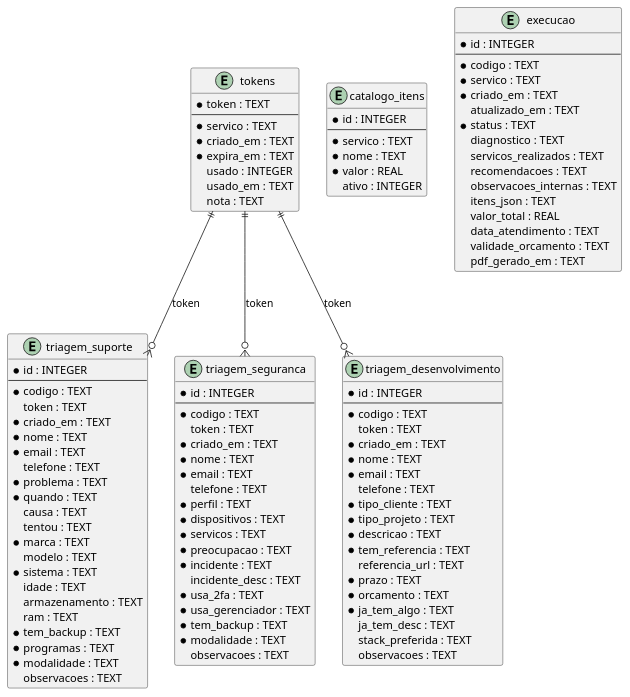
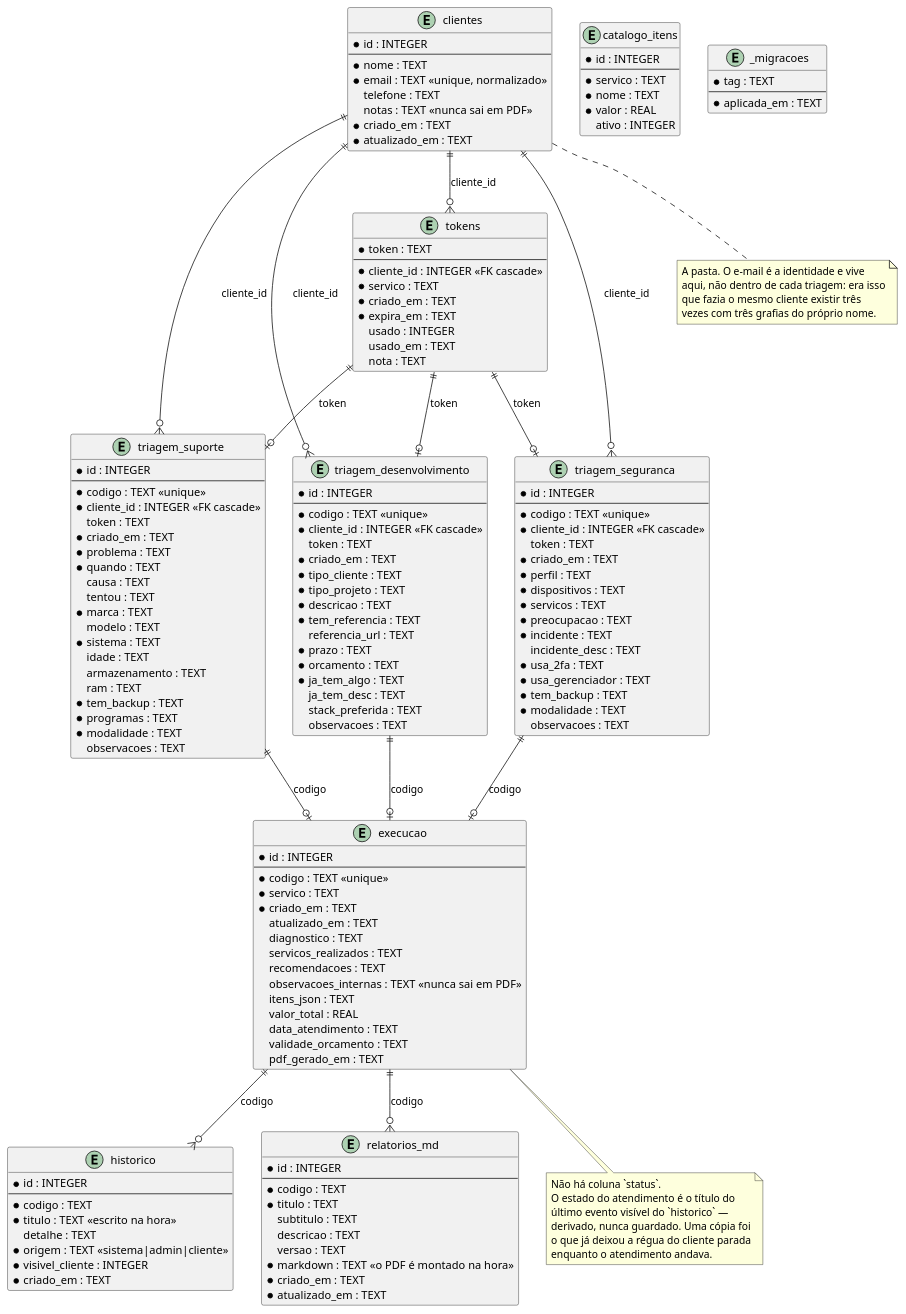
One commit to nextlevelcode014/nlc-forms changed the diagram in docs/db.puml. Above: the diagram before and after it, drawn with PlantUML. The commit also changed 6 other files, not shown here.

```diff
--- a/docs/db.puml
+++ b/docs/db.puml
@@ -1,115 +1,181 @@
 @startuml
+
+' Fonte da verdade: backend/drizzle/schema.ts
+' Este diagrama é desenho; o schema é o que roda. Ao mexer num, confira o outro.
+
+entity clientes {
+  *id : INTEGER
+  --
+  *nome : TEXT
+  *email : TEXT <<unique, normalizado>>
+  telefone : TEXT
+  notas : TEXT <<nunca sai em PDF>>
+  *criado_em : TEXT
+  *atualizado_em : TEXT
+}
 
 entity tokens {
   *token : TEXT
   --
+  *cliente_id : INTEGER <<FK cascade>>
   *servico : TEXT
   *criado_em : TEXT
   *expira_em : TEXT
   usado : INTEGER
   usado_em : TEXT
   nota : TEXT
 }
 
 entity triagem_suporte {
   *id : INTEGER
   --
-  *codigo : TEXT
+  *codigo : TEXT <<unique>>
+  *cliente_id : INTEGER <<FK cascade>>
   token : TEXT
   *criado_em : TEXT
-  *nome : TEXT
-  *email : TEXT
-  telefone : TEXT
   *problema : TEXT
   *quando : TEXT
   causa : TEXT
   tentou : TEXT
   *marca : TEXT
   modelo : TEXT
   *sistema : TEXT
   idade : TEXT
   armazenamento : TEXT
   ram : TEXT
   *tem_backup : TEXT
   *programas : TEXT
   *modalidade : TEXT
   observacoes : TEXT
 }
 
 entity triagem_seguranca {
   *id : INTEGER
   --
-  *codigo : TEXT
+  *codigo : TEXT <<unique>>
+  *cliente_id : INTEGER <<FK cascade>>
   token : TEXT
   *criado_em : TEXT
-  *nome : TEXT
-  *email : TEXT
-  telefone : TEXT
   *perfil : TEXT
   *dispositivos : TEXT
   *servicos : TEXT
   *preocupacao : TEXT
   *incidente : TEXT
   incidente_desc : TEXT
   *usa_2fa : TEXT
   *usa_gerenciador : TEXT
   *tem_backup : TEXT
   *modalidade : TEXT
   observacoes : TEXT
 }
 
 entity triagem_desenvolvimento {
   *id : INTEGER
   --
-  *codigo : TEXT
+  *codigo : TEXT <<unique>>
+  *cliente_id : INTEGER <<FK cascade>>
   token : TEXT
   *criado_em : TEXT
-  *nome : TEXT
-  *email : TEXT
-  telefone : TEXT
   *tipo_cliente : TEXT
   *tipo_projeto : TEXT
   *descricao : TEXT
   *tem_referencia : TEXT
   referencia_url : TEXT
   *prazo : TEXT
   *orcamento : TEXT
   *ja_tem_algo : TEXT
   ja_tem_desc : TEXT
   stack_preferida : TEXT
   observacoes : TEXT
 }
 
 entity catalogo_itens {
   *id : INTEGER
   --
   *servico : TEXT
   *nome : TEXT
   *valor : REAL
   ativo : INTEGER
 }
 
 entity execucao {
   *id : INTEGER
   --
-  *codigo : TEXT
+  *codigo : TEXT <<unique>>
   *servico : TEXT
   *criado_em : TEXT
   atualizado_em : TEXT
-  *status : TEXT
   diagnostico : TEXT
   servicos_realizados : TEXT
   recomendacoes : TEXT
-  observacoes_internas : TEXT
+  observacoes_internas : TEXT <<nunca sai em PDF>>
   itens_json : TEXT
   valor_total : REAL
   data_atendimento : TEXT
   validade_orcamento : TEXT
   pdf_gerado_em : TEXT
 }
 
-tokens ||--o{ triagem_suporte : token
-tokens ||--o{ triagem_seguranca : token
-tokens ||--o{ triagem_desenvolvimento : token
+entity historico {
+  *id : INTEGER
+  --
+  *codigo : TEXT
+  *titulo : TEXT <<escrito na hora>>
+  detalhe : TEXT
+  *origem : TEXT <<sistema|admin|cliente>>
+  *visivel_cliente : INTEGER
+  *criado_em : TEXT
+}
+
+entity relatorios_md {
+  *id : INTEGER
+  --
+  *codigo : TEXT
+  *titulo : TEXT
+  subtitulo : TEXT
+  descricao : TEXT
+  versao : TEXT
+  *markdown : TEXT <<o PDF é montado na hora>>
+  *criado_em : TEXT
+  *atualizado_em : TEXT
+}
+
+entity _migracoes {
+  *tag : TEXT
+  --
+  *aplicada_em : TEXT
+}
+
+clientes ||--o{ tokens : cliente_id
+clientes ||--o{ triagem_suporte : cliente_id
+clientes ||--o{ triagem_seguranca : cliente_id
+clientes ||--o{ triagem_desenvolvimento : cliente_id
+
+tokens ||--o| triagem_suporte : token
+tokens ||--o| triagem_seguranca : token
+tokens ||--o| triagem_desenvolvimento : token
+
+triagem_suporte ||--o| execucao : codigo
+triagem_seguranca ||--o| execucao : codigo
+triagem_desenvolvimento ||--o| execucao : codigo
+
+execucao ||--o{ historico : codigo
+execucao ||--o{ relatorios_md : codigo
+
+note bottom of execucao
+  Não há coluna `status`.
+  O estado do atendimento é o título do
+  último evento visível do `historico` —
+  derivado, nunca guardado. Uma cópia foi
+  o que já deixou a régua do cliente parada
+  enquanto o atendimento andava.
+end note
+
+note bottom of clientes
+  A pasta. O e-mail é a identidade e vive
+  aqui, não dentro de cada triagem: era isso
+  que fazia o mesmo cliente existir três
+  vezes com três grafias do próprio nome.
+end note
 
 @enduml
```
